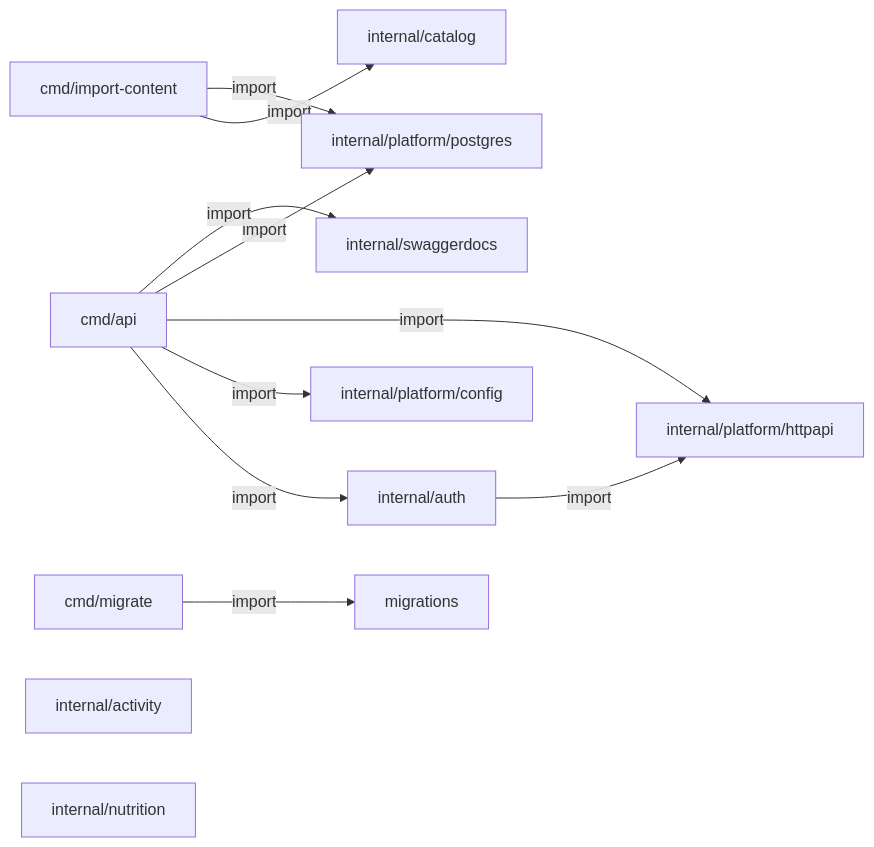
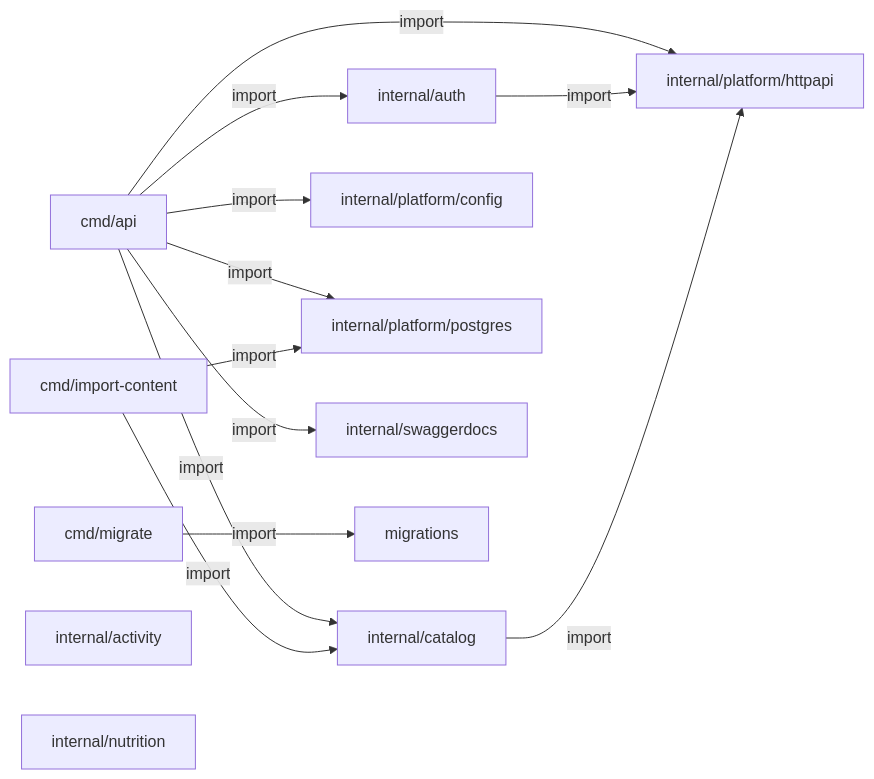
The diagram in docs/arquitetura/gerado/go-e-swagger.md (richardcastrogois/TrainForge), drawn with Mermaid before and after one commit. The commit also changed other lines of this file and 67 other files, not shown here.

````diff
--- a/docs/arquitetura/gerado/go-e-swagger.md
+++ b/docs/arquitetura/gerado/go-e-swagger.md
@@ -11,24 +11,26 @@
 ```mermaid
 flowchart LR
     node0["cmd/api"]
     node1["cmd/import-content"]
     node2["cmd/migrate"]
     node3["internal/activity"]
     node4["internal/auth"]
     node5["internal/catalog"]
     node6["internal/nutrition"]
     node7["internal/platform/config"]
     node8["internal/platform/httpapi"]
     node9["internal/platform/postgres"]
     node10["internal/swaggerdocs"]
     node11["migrations"]
     node0 -->|"import"| node4
+    node0 -->|"import"| node5
     node0 -->|"import"| node7
     node0 -->|"import"| node8
     node0 -->|"import"| node9
     node0 -->|"import"| node10
     node1 -->|"import"| node5
     node1 -->|"import"| node9
     node2 -->|"import"| node11
     node4 -->|"import"| node8
+    node5 -->|"import"| node8
 ```
````
